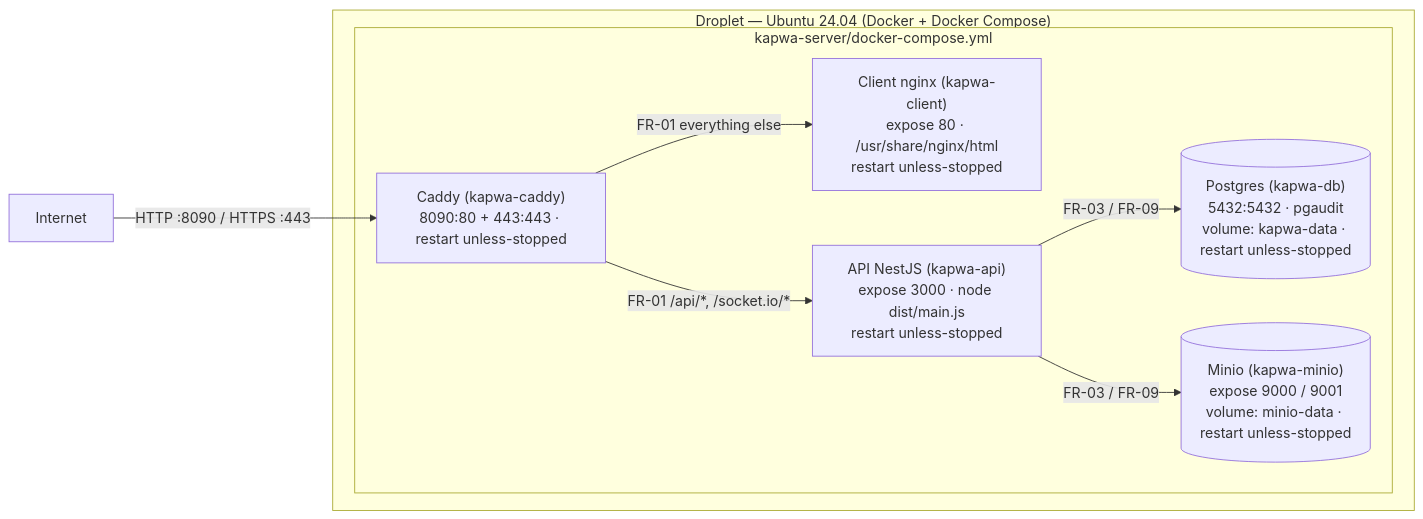
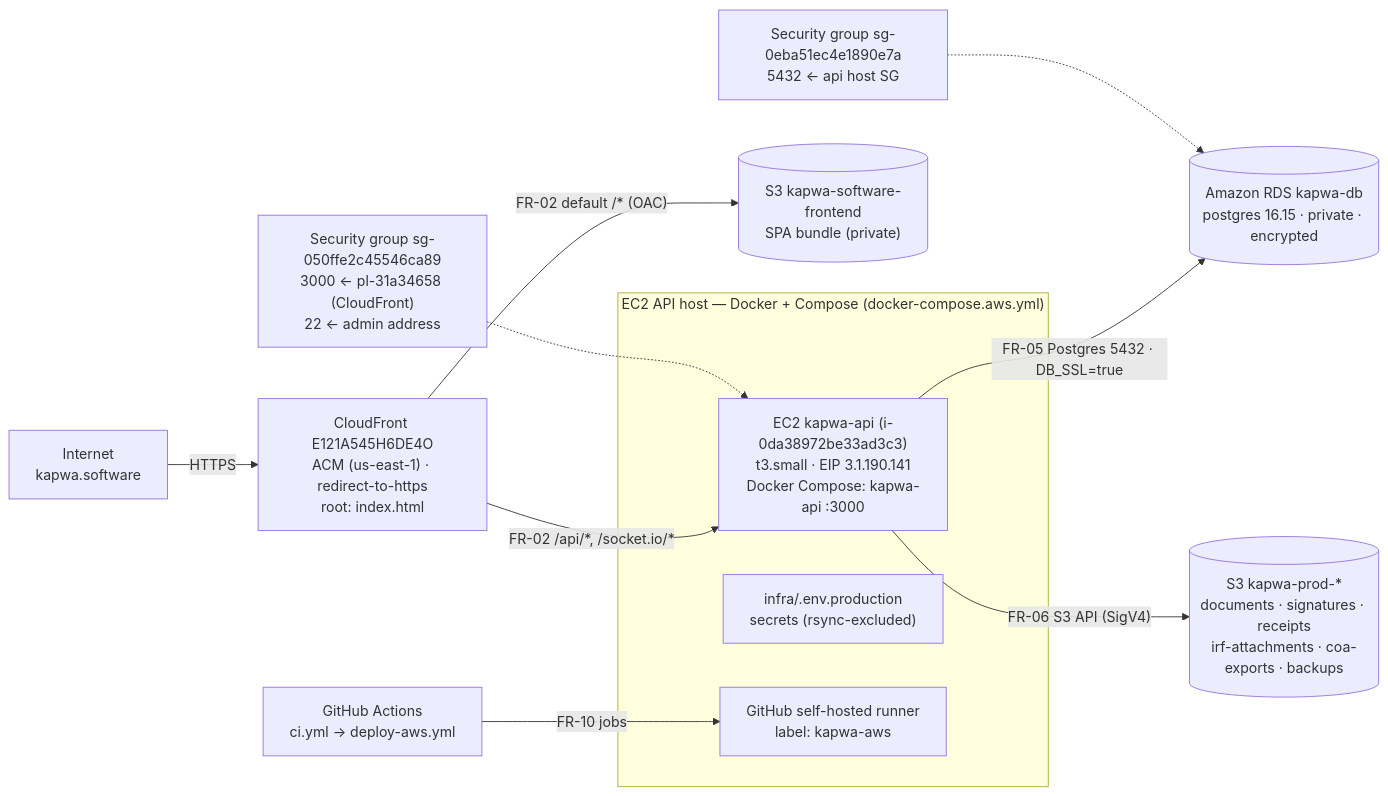
One commit to urlsalimbot/THESIS1-KAPWA changed the first of 2 diagrams in docs/diagrams/09-deployment-diagram.md. Above: the diagram before and after it, drawn with Mermaid. The commit also changed other lines of this file and 1 other file, not shown here.

First line of the commit message:
docs(architecture): describe the AWS production topology

````diff
--- a/docs/diagrams/09-deployment-diagram.md
+++ b/docs/diagrams/09-deployment-diagram.md
@@ -32,26 +32,26 @@
 ```mermaid
 flowchart LR
-  subgraph Droplet["Droplet — Ubuntu 24.04 (Docker + Docker Compose)"]
-    subgraph Compose["kapwa-server/docker-compose.yml"]
-      Caddy["Caddy (kapwa-caddy)<br/>8090:80 + 443:443 · restart unless-stopped"]
-      Client["Client nginx (kapwa-client)<br/>expose 80 · /usr/share/nginx/html<br/>restart unless-stopped"]
-      API["API NestJS (kapwa-api)<br/>expose 3000 · node dist/main.js<br/>restart unless-stopped"]
-      PG[("Postgres (kapwa-db)<br/>5432:5432 · pgaudit<br/>volume: kapwa-data · restart unless-stopped")]
-      Minio[("Minio (kapwa-minio)<br/>expose 9000 / 9001<br/>volume: minio-data · restart unless-stopped")]
-    end
+  subgraph Host["EC2 API host — Docker + Compose (docker-compose.aws.yml)"]
+    API["EC2 kapwa-api (i-0da38972be33ad3c3)<br/>t3.small · EIP 3.1.190.141<br/>Docker Compose: kapwa-api :3000"]
+    Env["infra/.env.production<br/>secrets (rsync-excluded)"]
+    Runner["GitHub self-hosted runner<br/>label: kapwa-aws"]
   end
 
-  Internet["Internet"] -->|"HTTP :8090 / HTTPS :443"| Caddy
+  Internet["Internet<br/>kapwa.software"] -->|"HTTPS"| CF["CloudFront E121A545H6DE4O<br/>ACM (us-east-1) · redirect-to-https<br/>root: index.html"]
 
-  %% FR-01: Caddy routes /api/* and /socket.io/* -> api:3000, everything else -> client:80
-  Caddy -->|"FR-01 /api/*, /socket.io/*"| API
-  Caddy -->|"FR-01 everything else"| Client
+  %% FR-02
+  CF -->|"FR-02 default /* (OAC)"| SPA[("S3 kapwa-software-frontend<br/>SPA bundle (private)")]
+  CF -->|"FR-02 /api/*, /socket.io/*"| API
 
-  %% FR-09: healthchecks gate startup — db and minio healthy before api,
-  %% api healthy + client started before caddy (depends_on: service_healthy / service_started)
-  API -->|"FR-03 / FR-09"| PG
-  API -->|"FR-03 / FR-09"| Minio
+  %% FR-05 / FR-06
+  API -->|"FR-05 Postgres 5432 · DB_SSL=true"| RDS[("Amazon RDS kapwa-db<br/>postgres 16.15 · private · encrypted")]
+  API -->|"FR-06 S3 API (SigV4)"| S3[("S3 kapwa-prod-*<br/>documents · signatures · receipts<br/>irf-attachments · coa-exports · backups")]
 
-  %% FR-06: named volumes (kapwa-data, minio-data, caddy-data) survive container
-  %% recreation and persist Postgres data, Minio objects, and Caddy certs respectively
+  %% FR-10
+  GitHub["GitHub Actions<br/>ci.yml → deploy-aws.yml"] -->|"FR-10 jobs"| Runner
+
+  %% FR-04: 3000 open only to the CloudFront prefix list; 22 from the admin address
+  SGW["Security group sg-050ffe2c45546ca89<br/>3000 ← pl-31a34658 (CloudFront)<br/>22 ← admin address"] -.-> API
+  %% FR-05: RDS SG allows 5432 only from the API host SG
+  SGR["Security group sg-0eba51ec4e1890e7a<br/>5432 ← api host SG"] -.-> RDS
 ```
````
